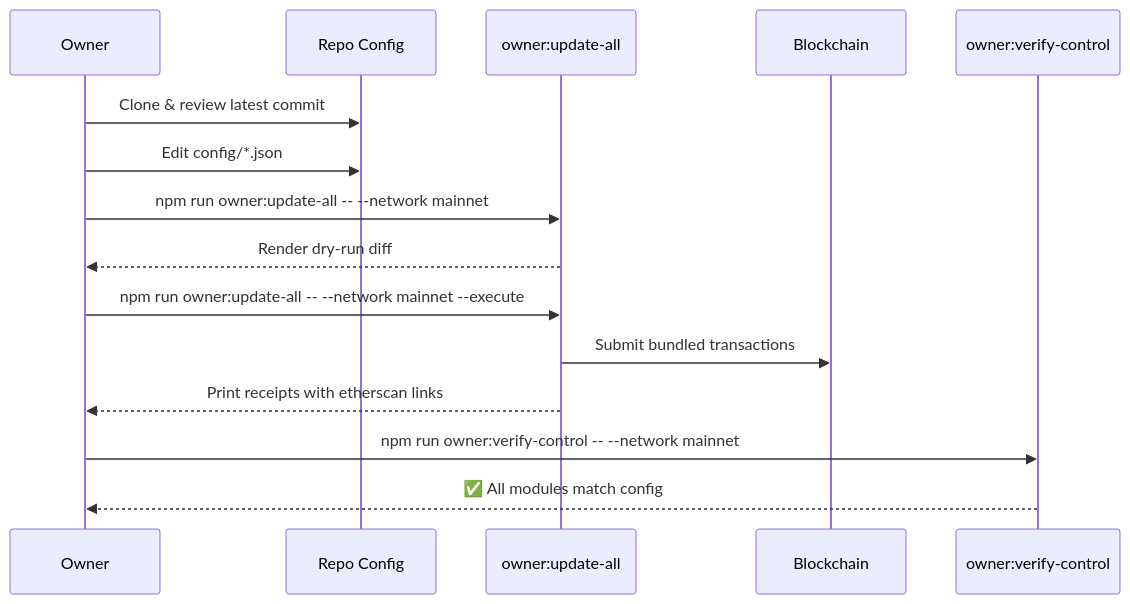
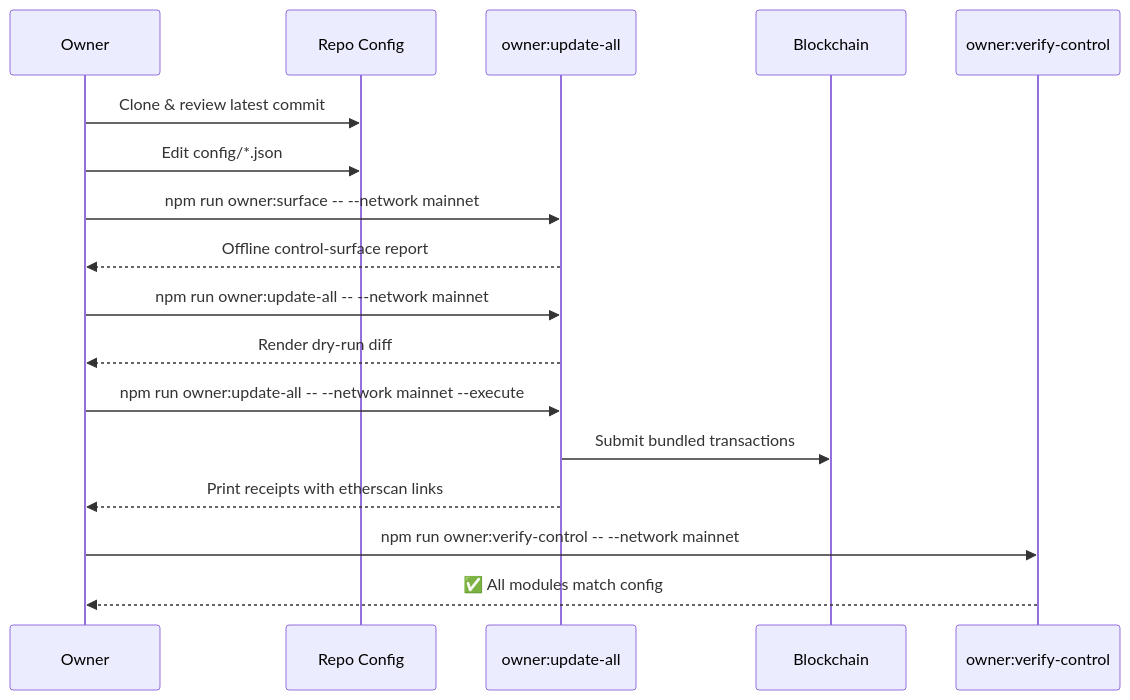
Before and after one commit to MontrealAI/AGIJobsv0: the second of 2 diagrams in docs/owner-control-playbook.md, drawn with Mermaid. The commit also changed other lines of this file and 5 other files, not shown here.

Commit message:
Add owner control surface audit tooling

````diff
--- a/docs/owner-control-playbook.md
+++ b/docs/owner-control-playbook.md
@@ -41,18 +42,20 @@
 ```mermaid
 sequenceDiagram
   participant Owner
   participant Repo as Repo Config
   participant Helper as owner:update-all
   participant Chain as Blockchain
   participant Audit as owner:verify-control
 
   Owner->>Repo: Clone & review latest commit
   Owner->>Repo: Edit config/*.json
+  Owner->>Helper: npm run owner:surface -- --network mainnet
+  Helper-->>Owner: Offline control-surface report
   Owner->>Helper: npm run owner:update-all -- --network mainnet
   Helper-->>Owner: Render dry-run diff
   Owner->>Helper: npm run owner:update-all -- --network mainnet --execute
   Helper->>Chain: Submit bundled transactions
   Helper-->>Owner: Print receipts with etherscan links
   Owner->>Audit: npm run owner:verify-control -- --network mainnet
   Audit-->>Owner: ✅ All modules match config
 ```
````
